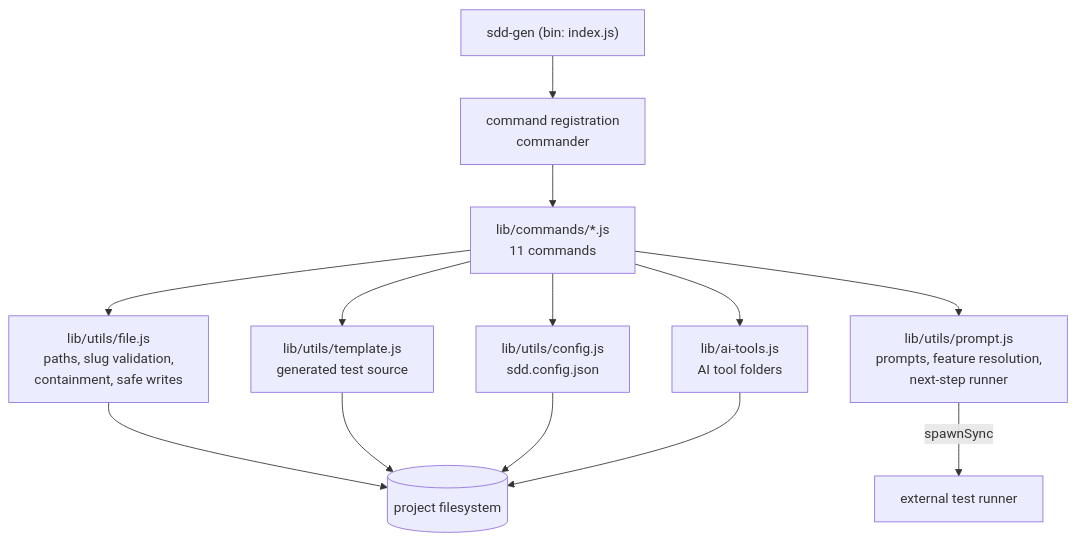
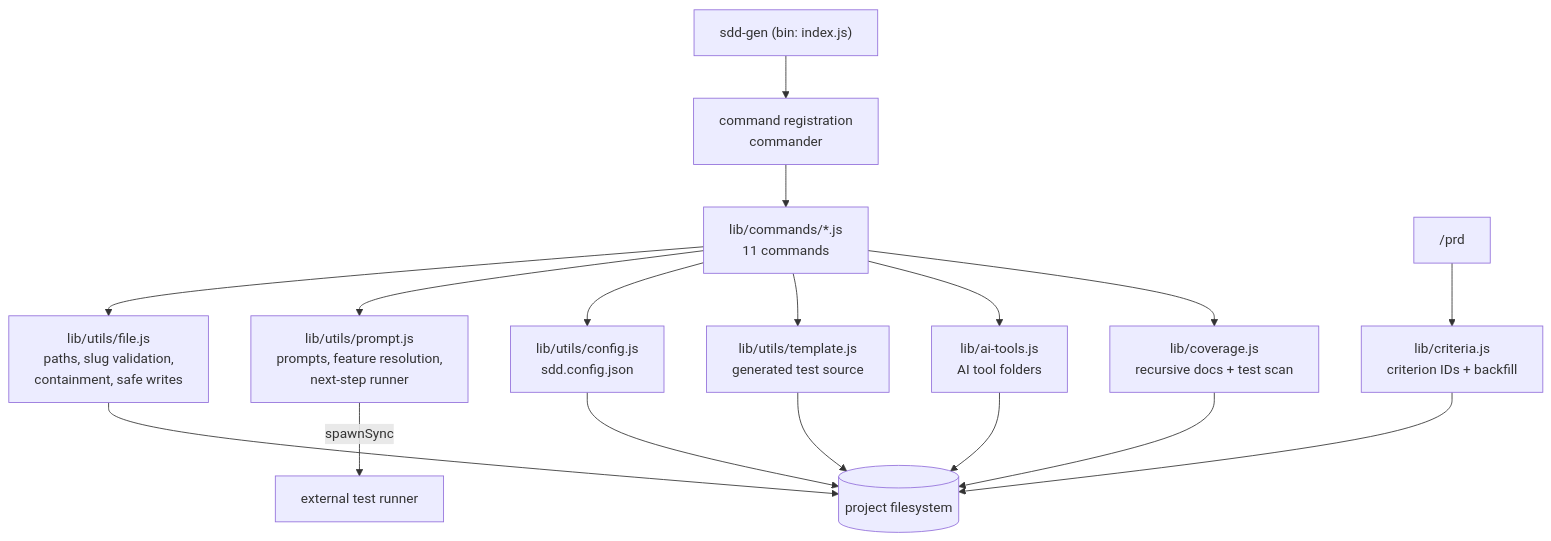
Before and after one commit to athallaarl66/TVP-SDD-Dev-CLI: the first of 5 diagrams in docs/technical-design.md, drawn with Mermaid. The commit also changed other lines of this file and 41 other files, not shown here.

First line of the commit message:
feat(cli): add Epic-based breakdown and acceptance-criteria coverage

````diff
--- a/docs/technical-design.md
+++ b/docs/technical-design.md
@@ -137,15 +140,19 @@
 ```mermaid
 flowchart TD
     BIN["sdd-gen (bin: index.js)"] --> REG["command registration<br/>commander"]
     REG --> CMD["lib/commands/*.js<br/>11 commands"]
     CMD --> FILE["lib/utils/file.js<br/>paths, slug validation,<br/>containment, safe writes"]
     CMD --> PROMPT["lib/utils/prompt.js<br/>prompts, feature resolution,<br/>next-step runner"]
     CMD --> CONFIG["lib/utils/config.js<br/>sdd.config.json"]
     CMD --> TPL["lib/utils/template.js<br/>generated test source"]
     CMD --> AI["lib/ai-tools.js<br/>AI tool folders"]
+    CMD --> COV["lib/coverage.js<br/>recursive docs + test scan"]
+    PRD["/prd"] --> CRIT["lib/criteria.js<br/>criterion IDs + backfill"]
     FILE --> FS[("project filesystem")]
+    COV --> FS
+    CRIT --> FS
     TPL --> FS
     CONFIG --> FS
     AI --> FS
     PROMPT -->|spawnSync| CHILD["external test runner"]
 ```
````
